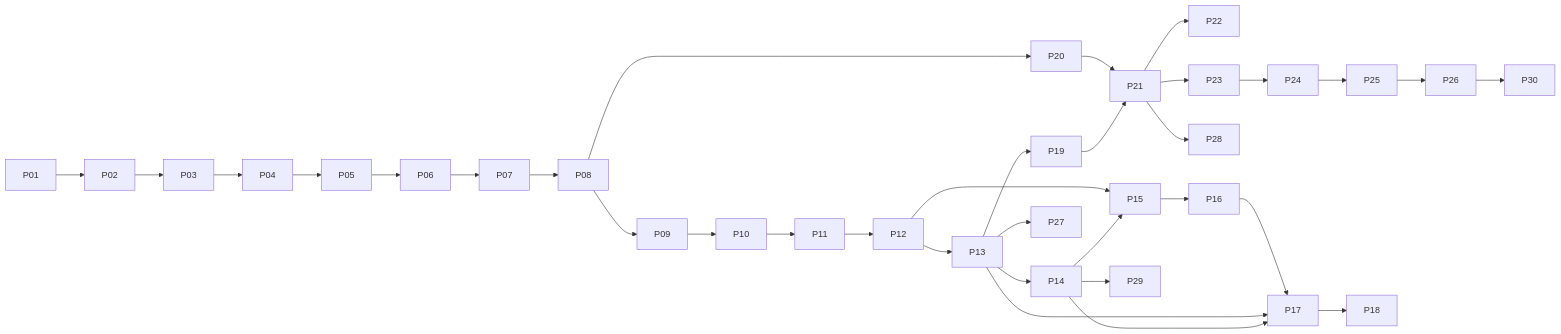
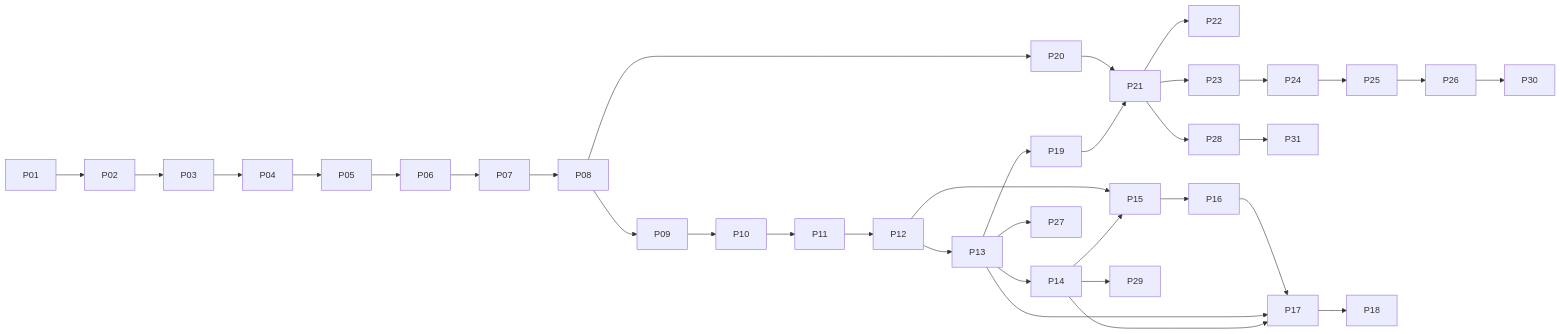
The diagram in docs/implementation-plan.md (takemo101/ambien), drawn with Mermaid before and after one commit. The commit also changed other lines of this file and 7 other files, not shown here.

````diff
--- a/docs/implementation-plan.md
+++ b/docs/implementation-plan.md
@@ -108,20 +108,21 @@
 ```mermaid
 flowchart LR
  P01 --> P02 --> P03 --> P04 --> P05 --> P06 --> P07 --> P08 --> P09 --> P10 --> P11 --> P12 --> P13 --> P14
  P12 --> P15
  P13 --> P19
  P08 --> P20
  P20 --> P21
  P19 --> P21
  P21 --> P22
  P21 --> P23
  P23 --> P24 --> P25
  P13 --> P27
  P21 --> P28
  P14 --> P29
  P26 --> P30
+ P28 --> P31
  P25 --> P26
  P14 --> P15 --> P16 --> P17 --> P18
  P13 --> P17
  P14 --> P17
 ```
````
